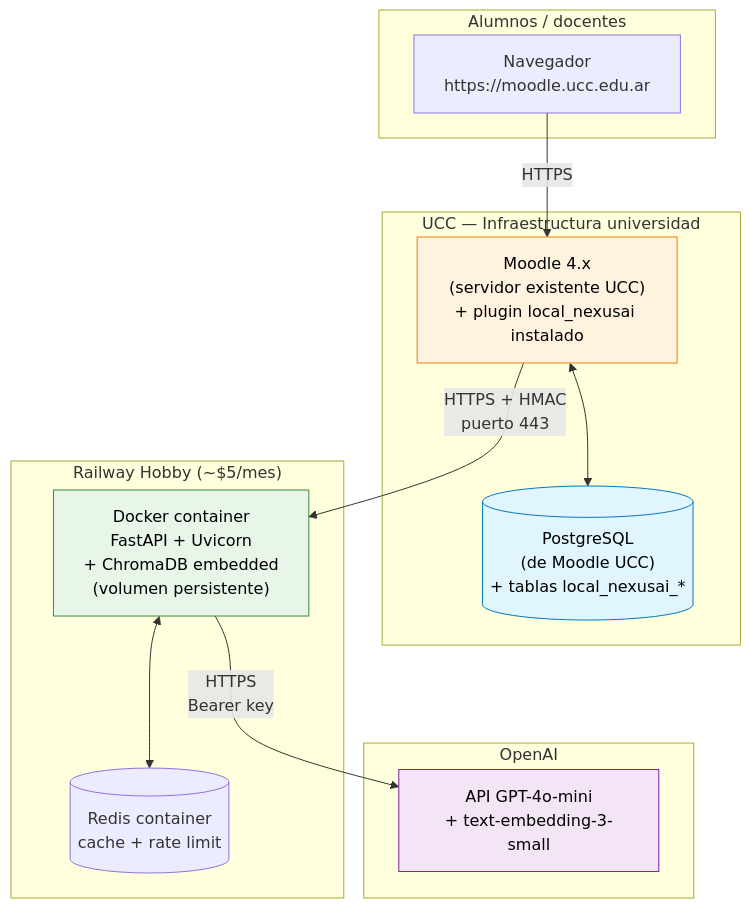
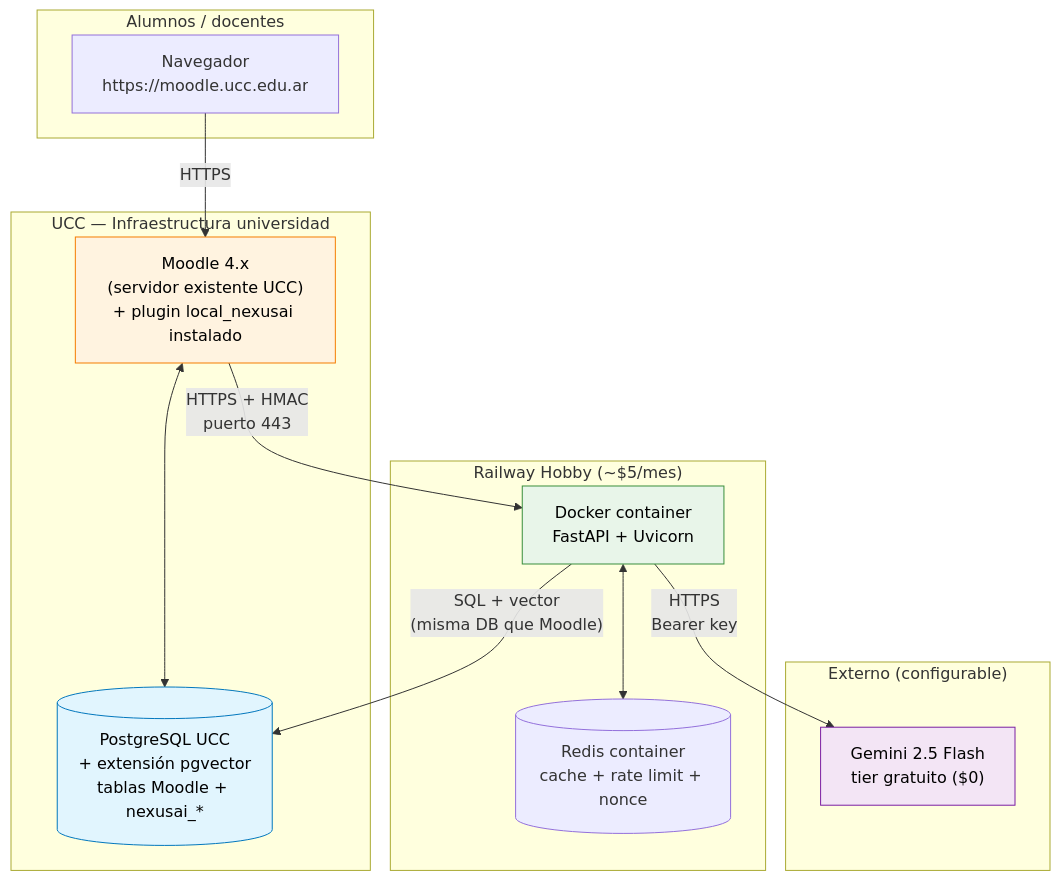
The first of 3 diagrams in NexusAI/docs/diagrams/deployment.md (nexusai-ucc/nexusAI), drawn with Mermaid before and after one commit. The commit also changed other lines of this file and 15 other files, not shown here.

````diff
--- a/NexusAI/docs/diagrams/deployment.md
+++ b/NexusAI/docs/diagrams/deployment.md
@@ -5,31 +7,32 @@
 ```mermaid
 flowchart TB
     subgraph UCC["UCC — Infraestructura universidad"]
         MOODLE["Moodle 4.x<br/>(servidor existente UCC)<br/>+ plugin local_nexusai instalado"]
-        POSTGRES_UCC[("PostgreSQL<br/>(de Moodle UCC)<br/>+ tablas local_nexusai_*")]
+        POSTGRES_UCC[("PostgreSQL UCC<br/>+ extensión pgvector<br/>tablas Moodle + nexusai_*")]
+        MOODLE <--> POSTGRES_UCC
     end
 
     subgraph CLOUD["Railway Hobby (~$5/mes)"]
-        DOCKER["Docker container<br/>FastAPI + Uvicorn<br/>+ ChromaDB embedded<br/>(volumen persistente)"]
-        REDIS_C[("Redis container<br/>cache + rate limit")]
+        DOCKER["Docker container<br/>FastAPI + Uvicorn"]
+        REDIS_C[("Redis container<br/>cache + rate limit + nonce")]
     end
 
-    subgraph OPENAI["OpenAI"]
-        API_O["API GPT-4o-mini<br/>+ text-embedding-3-small"]
+    subgraph LLMSVC["Externo (configurable)"]
+        GEMINI["Gemini 2.5 Flash<br/>tier gratuito ($0)"]
     end
 
     subgraph BROWSER["Alumnos / docentes"]
         NAV["Navegador<br/>https://moodle.ucc.edu.ar"]
     end
 
     NAV -->|HTTPS| MOODLE
     MOODLE -->|HTTPS + HMAC<br/>puerto 443| DOCKER
-    MOODLE <--> POSTGRES_UCC
+    DOCKER -->|"SQL + vector<br/>(misma DB que Moodle)"| POSTGRES_UCC
     DOCKER <--> REDIS_C
-    DOCKER -->|HTTPS<br/>Bearer key| API_O
+    DOCKER -->|HTTPS<br/>Bearer key| GEMINI
 
     style MOODLE fill:#fff3e0,color:#000,stroke:#f57c00
     style DOCKER fill:#e8f5e9,color:#000,stroke:#388e3c
-    style API_O fill:#f3e5f5,color:#000,stroke:#7b1fa2
+    style GEMINI fill:#f3e5f5,color:#000,stroke:#7b1fa2
     style POSTGRES_UCC fill:#e1f5fe,color:#000,stroke:#0277bd
 ```
````
